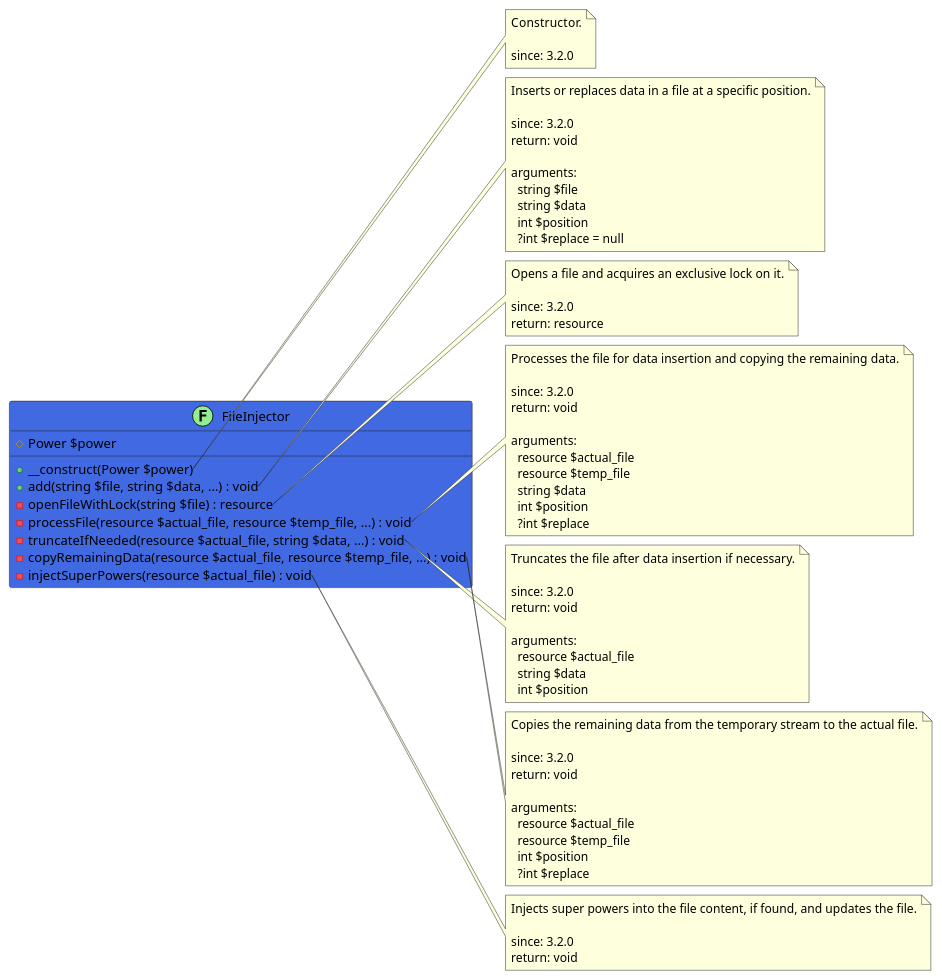
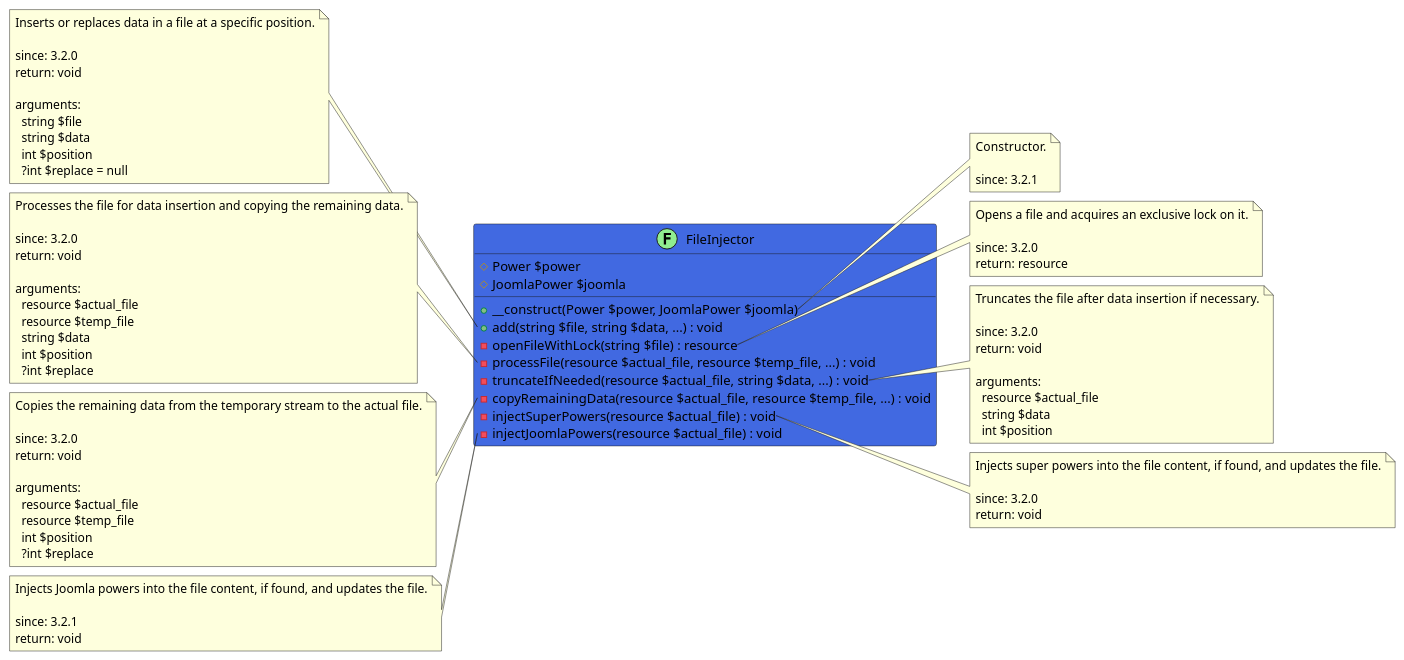
The diagram in src/23f2ca33-440a-4941-8e9a-4bc67522c0cb/README.md (joomengine/jcb-compiler), drawn with PlantUML before and after one commit. The commit also changed 7 other files, not shown here.

````diff
--- a/src/23f2ca33-440a-4941-8e9a-4bc67522c0cb/README.md
+++ b/src/23f2ca33-440a-4941-8e9a-4bc67522c0cb/README.md
@@ -12,22 +12,24 @@
 @startuml
 class FileInjector << (F,LightGreen) >> #RoyalBlue {
   # Power $power
-  + __construct(Power $power)
+  # JoomlaPower $joomla
+  + __construct(Power $power, JoomlaPower $joomla)
   + add(string $file, string $data, ...) : void
   - openFileWithLock(string $file) : resource
   - processFile(resource $actual_file, resource $temp_file, ...) : void
   - truncateIfNeeded(resource $actual_file, string $data, ...) : void
   - copyRemainingData(resource $actual_file, resource $temp_file, ...) : void
   - injectSuperPowers(resource $actual_file) : void
+  - injectJoomlaPowers(resource $actual_file) : void
 }
 
 note right of FileInjector::__construct
   Constructor.
 
-  since: 3.2.0
+  since: 3.2.1
 end note
 
-note right of FileInjector::add
+note left of FileInjector::add
   Inserts or replaces data in a file at a specific position.
 
   since: 3.2.0
@@ -47,7 +49,7 @@
   return: resource
 end note
 
-note right of FileInjector::processFile
+note left of FileInjector::processFile
   Processes the file for data insertion and copying the remaining data.
 
   since: 3.2.0
@@ -73,7 +75,7 @@
     int $position
 end note
 
-note right of FileInjector::copyRemainingData
+note left of FileInjector::copyRemainingData
   Copies the remaining data from the temporary stream to the actual file.
 
   since: 3.2.0
@@ -92,6 +94,13 @@
   since: 3.2.0
   return: void
 end note
+
+note left of FileInjector::injectJoomlaPowers
+  Injects Joomla powers into the file content, if found, and updates the file.
+
+  since: 3.2.1
+  return: void
+end note
  
 @enduml
 ```
````
